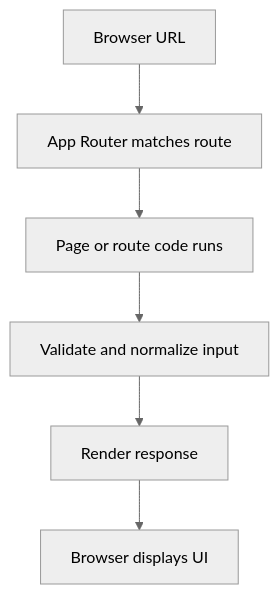
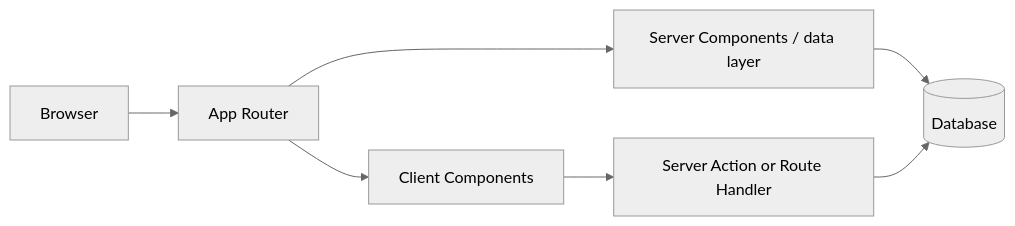
One commit to jaikishan1234/nextjs-fullstack-learning changed the diagram in Next.js-Revision/01-Nextjs-Fundamentals/04-Nextjs-Architecture-Overview.md. Above: the diagram before and after it, drawn with Mermaid (neutral theme). The commit also changed other lines of this file and 182 other files, not shown here.

````diff
--- a/Next.js-Revision/01-Nextjs-Fundamentals/04-Nextjs-Architecture-Overview.md
+++ b/Next.js-Revision/01-Nextjs-Fundamentals/04-Nextjs-Architecture-Overview.md
@@ -60,8 +19,9 @@
 ```mermaid
-flowchart TD
-    A[Browser URL] --> B[App Router matches route]
-    B --> C[Page or route code runs]
-    C --> D[Validate and normalize input]
-    D --> E[Render response]
-    E --> F[Browser displays UI]
+flowchart LR
+  Browser --> Router[App Router]
+  Router --> Server[Server Components / data layer]
+  Server --> DB[(Database)]
+  Router --> Client[Client Components]
+  Client --> Action[Server Action or Route Handler]
+  Action --> DB
 ```
````
